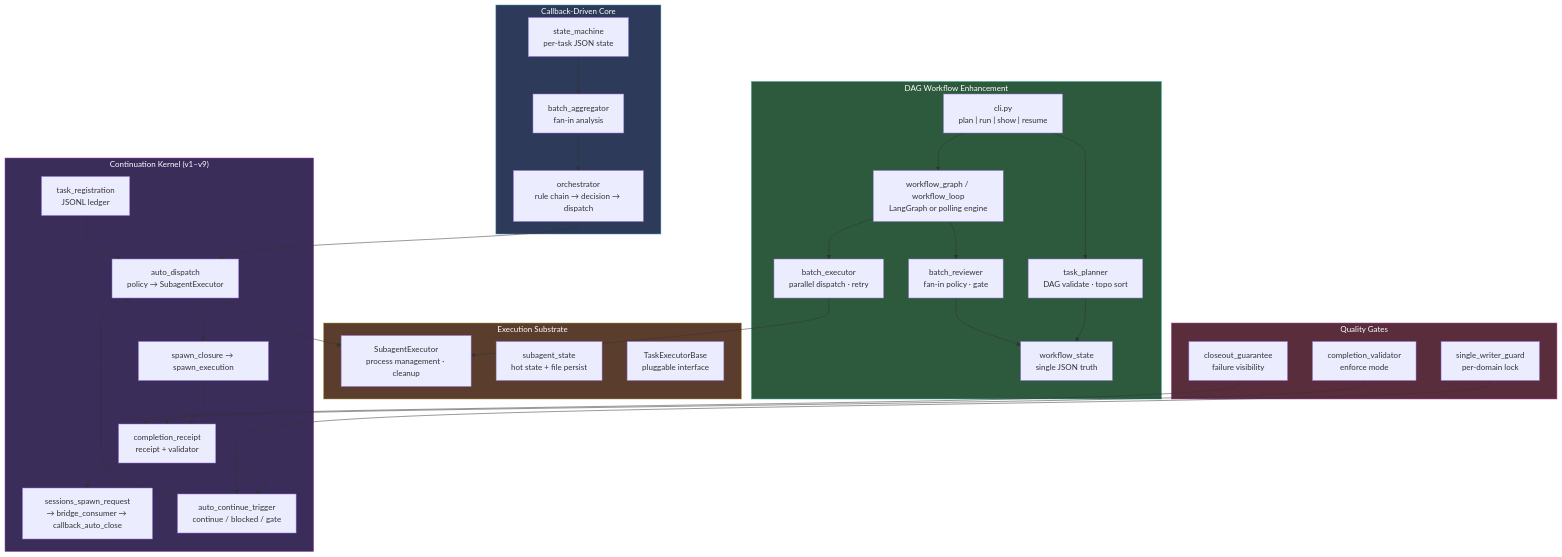
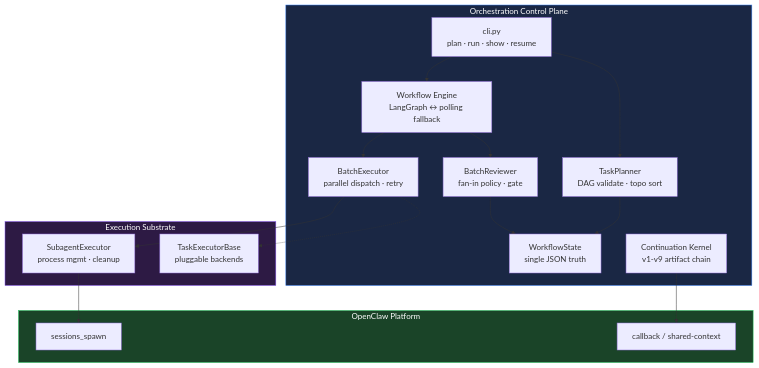
Before and after one commit to lanyasheng/openclaw-company-orchestration-proposal: the first of 2 diagrams in README.md, drawn with Mermaid. The commit also changed other lines of this file and 1 other file, not shown here.

First line of the commit message:
docs: rewrite READMEs — focus on architecture value and out-of-box usage

````diff
--- a/README.md
+++ b/README.md
@@ -26,57 +54,33 @@
 ```mermaid
 graph TD
-  subgraph Core["Callback-Driven Core"]
-    SM["state_machine<br/>per-task JSON state"]
-    BA["batch_aggregator<br/>fan-in analysis"]
-    OR["orchestrator<br/>rule chain → decision → dispatch"]
-  end
-
-  subgraph Kernel["Continuation Kernel (v1–v9)"]
-    TR["task_registration<br/>JSONL ledger"]
-    AD["auto_dispatch<br/>policy → SubagentExecutor"]
-    SC["spawn_closure → spawn_execution"]
-    CR["completion_receipt<br/>receipt + validator"]
-    SR["sessions_spawn_request<br/>→ bridge_consumer → callback_auto_close"]
-    AT["auto_continue_trigger<br/>continue / blocked / gate"]
-  end
-
-  subgraph DAG["DAG Workflow Enhancement"]
-    WS["workflow_state<br/>single JSON truth"]
-    TP["task_planner<br/>DAG validate · topo sort"]
-    BE["batch_executor<br/>parallel dispatch · retry"]
-    BR["batch_reviewer<br/>fan-in policy · gate"]
-    WG["workflow_graph / workflow_loop<br/>LangGraph or polling engine"]
-    CLI["cli.py<br/>plan | run | show | resume"]
+  subgraph Control["Orchestration Control Plane"]
+    CLI["cli.py<br/>plan · run · show · resume"]
+    TP["TaskPlanner<br/>DAG validate · topo sort"]
+    WG["Workflow Engine<br/>LangGraph ↔ polling fallback"]
+    BE["BatchExecutor<br/>parallel dispatch · retry"]
+    BR["BatchReviewer<br/>fan-in policy · gate"]
+    WS["WorkflowState<br/>single JSON truth"]
+    CK["Continuation Kernel<br/>v1-v9 artifact chain"]
   end
 
   subgraph Exec["Execution Substrate"]
-    SE["SubagentExecutor<br/>process management · cleanup"]
-    SS["subagent_state<br/>hot state + file persist"]
-    EI["TaskExecutorBase<br/>pluggable interface"]
+    SE["SubagentExecutor<br/>process mgmt · cleanup"]
+    EI["TaskExecutorBase<br/>pluggable backends"]
   end
 
-  subgraph Quality["Quality Gates"]
-    CV["completion_validator<br/>enforce mode"]
-    SW["single_writer_guard<br/>per-domain lock"]
-    CG["closeout_guarantee<br/>failure visibility"]
+  subgraph Platform["OpenClaw Platform"]
+    SS["sessions_spawn"]
+    CB["callback / shared-context"]
   end
 
-  OR --> AD
-  AD --> SE
-  CR --> AT
-  AT --> AD
-  SM --> BA --> OR
-  TR --> AD --> SC --> CR --> SR
   CLI --> TP --> WS
   CLI --> WG --> BE --> SE
   WG --> BR --> WS
-  CV --> CR
-  SW --> AT
-  CG --> CR
+  SE --> SS
+  CK --> CB
+  BE -.-> EI
 
-  style Core fill:#2d3a5a,stroke:#49a,color:#fff
-  style Kernel fill:#3a2d5a,stroke:#94a,color:#fff
-  style DAG fill:#2d5a3d,stroke:#4a9,color:#fff
-  style Exec fill:#5a3d2d,stroke:#a94,color:#fff
-  style Quality fill:#5a2d3d,stroke:#a49,color:#fff
+  style Control fill:#1a2744,stroke:#3b82f6,color:#fff
+  style Exec fill:#2d1a44,stroke:#8b5cf6,color:#fff
+  style Platform fill:#1a4428,stroke:#22c55e,color:#fff
 ```
````
